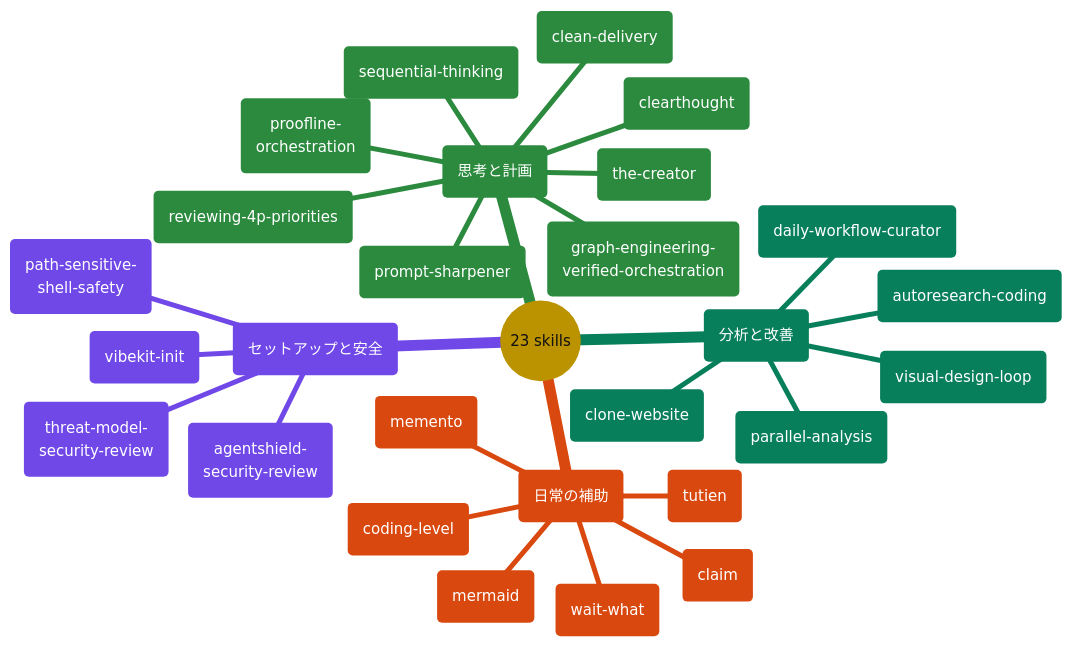
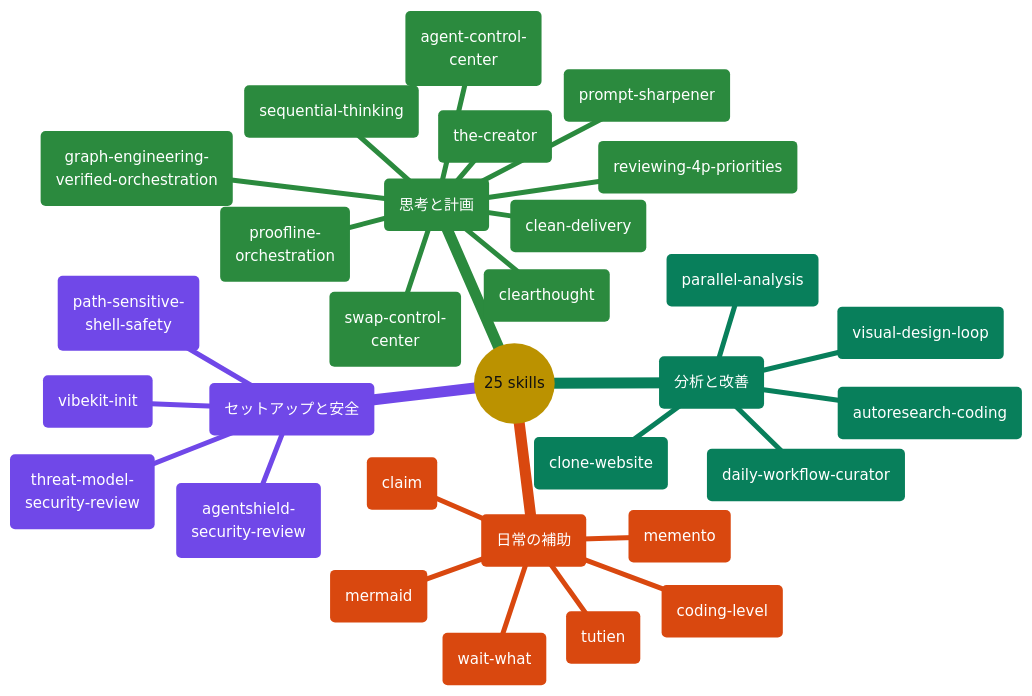
The fifth of 10 diagrams in docs/README.ja.md (giang6283623/minimal-vibe-coding-kit), drawn with Mermaid before and after one commit. The commit also changed other lines of this file and 140 other files, not shown here.

````diff
--- a/docs/README.ja.md
+++ b/docs/README.ja.md
@@ -360,64 +360,66 @@
 ```mermaid
 ---
 config:
   theme: base
   themeCSS: >-
     .mindmap-node:not(.section-root):not(.section--1) text,
     .mindmap-node:not(.section-root):not(.section--1) tspan
     { fill: #FFFFFF !important; }
     .mindmap-node:not(.section-root):not(.section--1) div,
     .mindmap-node:not(.section-root):not(.section--1) span,
     .mindmap-node:not(.section-root):not(.section--1) p
     { color: #FFFFFF !important; }
   themeVariables:
     darkMode: false
     fontFamily: cascadia mono, consolas, noto sans mono, menlo, monospace
     fontSize: 15px
     lineColor: "#888888"
     textColor: "#111111"
     primaryColor: "#FFD43B"
     primaryTextColor: "#111111"
     primaryBorderColor: "#444444"
     cScale0: "#1971C2"
     cScale1: "#7048E8"
     cScale2: "#2B8A3E"
     cScale3: "#087F5B"
     cScale4: "#D9480F"
     cScale5: "#C2255C"
     cScaleLabel0: "#FFFFFF"
     cScaleLabel1: "#FFFFFF"
     cScaleLabel2: "#FFFFFF"
     cScaleLabel3: "#FFFFFF"
     cScaleLabel4: "#FFFFFF"
     cScaleLabel5: "#FFFFFF"
 ---
 mindmap
-  root(("23 skills"))
+  root(("25 skills"))
     setup("セットアップと安全")
       s1("vibekit-init")
       s2("agentshield-<br/>security-review")
       s3("path-sensitive-<br/>shell-safety")
       s4("threat-model-<br/>security-review")
     think("思考と計画")
       t1("clearthought")
       t2("sequential-thinking")
       t3("prompt-sharpener")
       t4("reviewing-4p-priorities")
       t5("graph-engineering-<br/>verified-orchestration")
       t6("the-creator")
       t7("proofline-<br/>orchestration")
       t8("clean-delivery")
+      t9("agent-control-<br/>center")
+      t10("swap-control-<br/>center")
     analyze("分析と改善")
       a1("parallel-analysis")
       a2("autoresearch-coding")
       a3("daily-workflow-curator")
       a4("visual-design-loop")
       a5("clone-website")
     helpers("日常の補助")
       h1("memento")
       h2("coding-level")
       h3("mermaid")
       h4("claim")
       h5("tutien")
       h6("wait-what")
 ```
````
